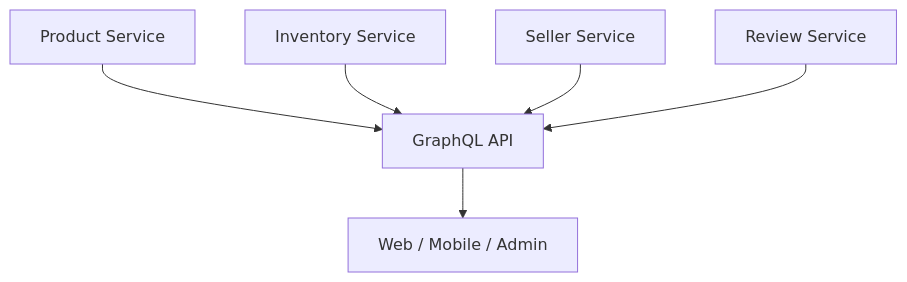
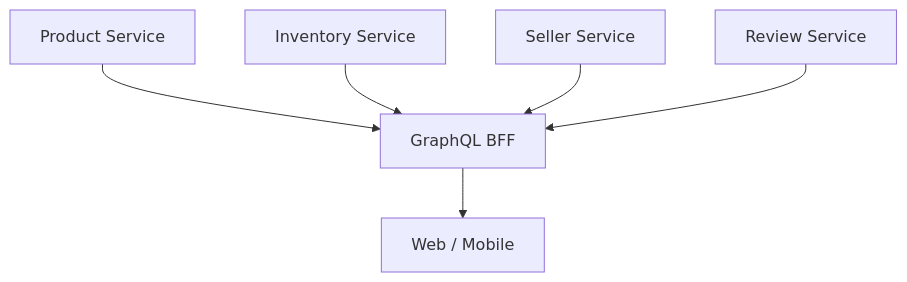
Before and after one commit to AvadhBhalodiya/Interview-Preparation: the fourth of 6 diagrams in src/content/api-design/rest-vs-graphql-vs-grpc.md, drawn with Mermaid. The commit also changed other lines of this file and 54 other files, not shown here.

````diff
--- a/src/content/api-design/rest-vs-graphql-vs-grpc.md
+++ b/src/content/api-design/rest-vs-graphql-vs-grpc.md
@@ -372,8 +247,8 @@
 ```mermaid
 flowchart TB
-    PS[Product Service] --> G[GraphQL API]
-    IS[Inventory Service] --> G
-    SS[Seller Service] --> G
-    RS[Review Service] --> G
-    G --> CL["Web / Mobile / Admin"]
+    P[Product Service] --> G[GraphQL BFF]
+    I[Inventory Service] --> G
+    S[Seller Service] --> G
+    R[Review Service] --> G
+    G --> UI[Web / Mobile]
 ```
````
